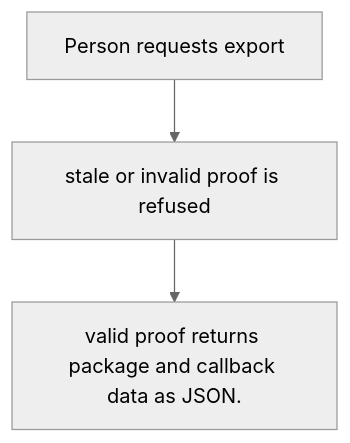
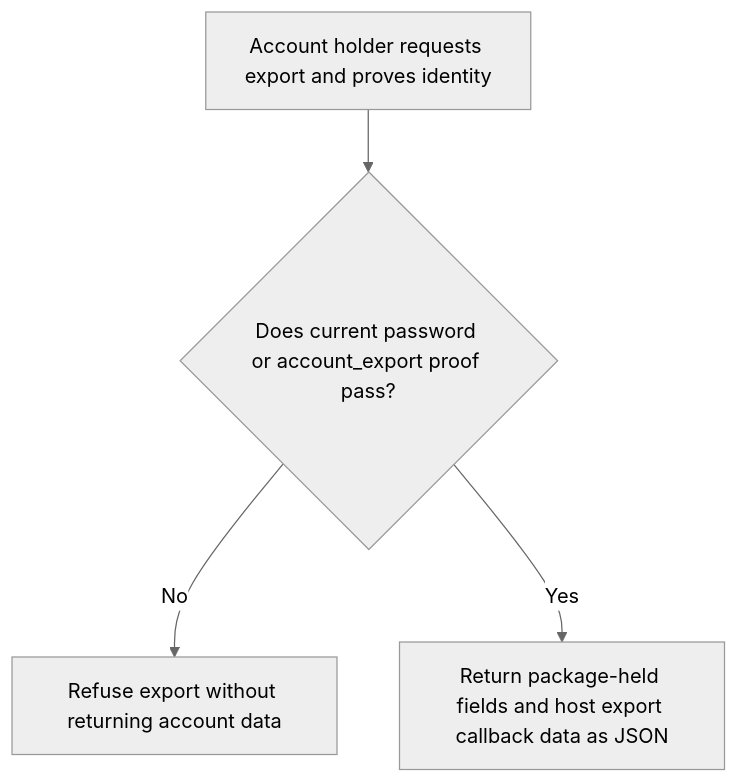
One commit to Kevinjohn/oss-adonisjs-account-kit changed the first of 2 diagrams in user-stories/US-ACCOUNT-18-export-account.md. Above: the diagram before and after it, drawn with Mermaid (neutral theme). The commit also changed other lines of this file and 9 other files, not shown here.

````diff
--- a/user-stories/US-ACCOUNT-18-export-account.md
+++ b/user-stories/US-ACCOUNT-18-export-account.md
@@ -20,8 +18,6 @@
 ```mermaid
 flowchart TD
-    U0["Person requests export"]
-    U1["stale or invalid proof is refused"]
-    U0 --> U1
-    U2["valid proof returns package and callback data as JSON."]
-    U1 --> U2
+ A["Account holder requests export and proves identity"] --> B{"Does current password or account_export proof pass?"}
+ B -->|No| C["Refuse export without returning account data"]
+ B -->|Yes| D["Return package-held fields and host export callback data as JSON"]
 ```
````
